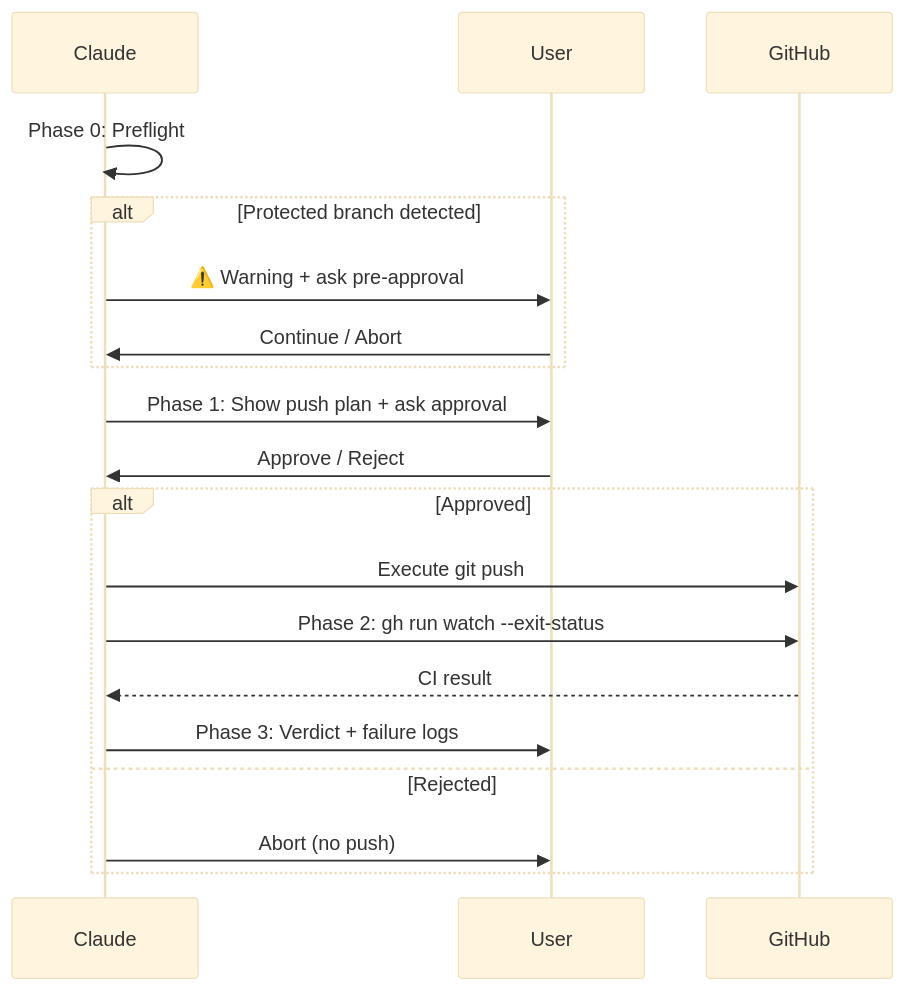
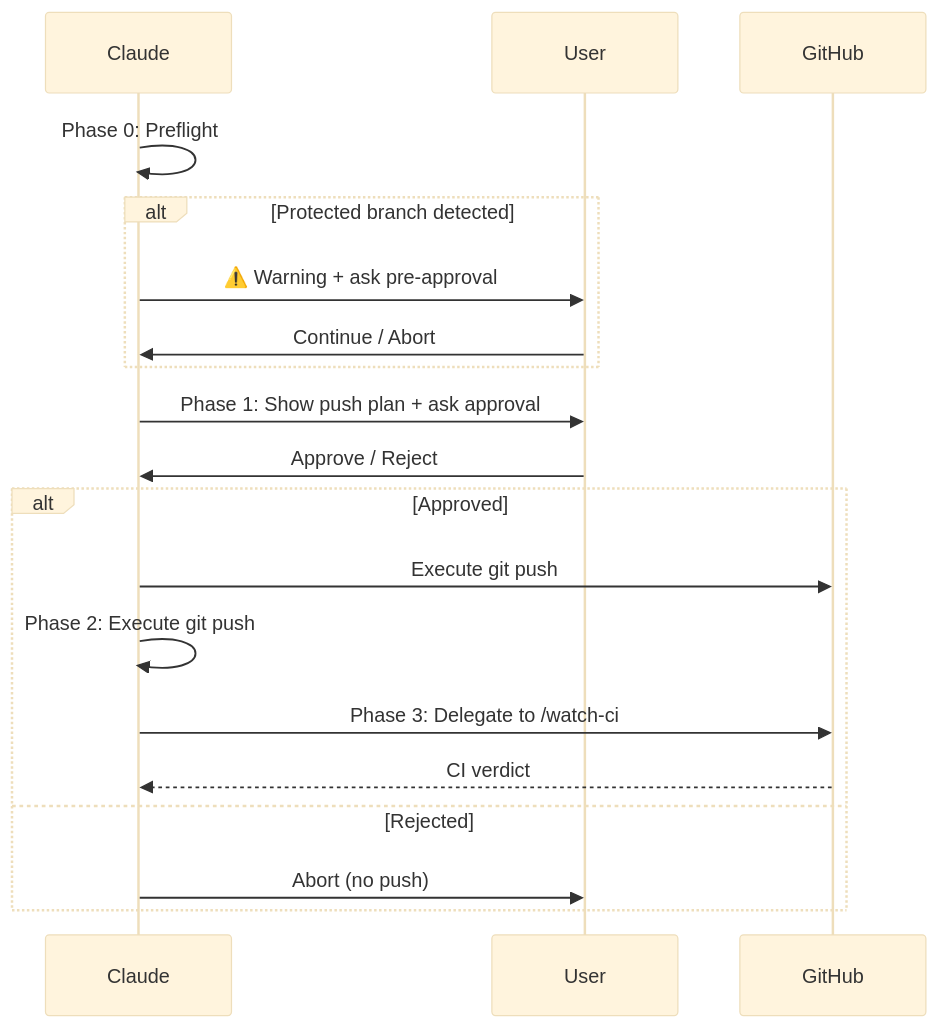
The diagram in skills/push-ci/SKILL.md (jupiter-Pulin/Uranus-dev-flow), drawn with Mermaid (base theme) before and after one commit. The commit also changed other lines of this file and 4 other files, not shown here.

First line of the commit message:
refactor: Split /push-ci CI monitoring into independent /watch-ci skill

````diff
--- a/skills/push-ci/SKILL.md
+++ b/skills/push-ci/SKILL.md
@@ -40,22 +40,22 @@
 ```mermaid
 sequenceDiagram
     participant C as Claude
     participant U as User
     participant GH as GitHub
 
     C->>C: Phase 0: Preflight
     alt Protected branch detected
         C->>U: ⚠️ Warning + ask pre-approval
         U->>C: Continue / Abort
     end
     C->>U: Phase 1: Show push plan + ask approval
     U->>C: Approve / Reject
     alt Approved
         C->>GH: Execute git push
-        C->>GH: Phase 2: gh run watch --exit-status
-        GH-->>C: CI result
-        C->>U: Phase 3: Verdict + failure logs
+        C->>C: Phase 2: Execute git push
+        C->>GH: Phase 3: Delegate to /watch-ci
+        GH-->>C: CI verdict
     else Rejected
         C->>U: Abort (no push)
     end
 ```
````
